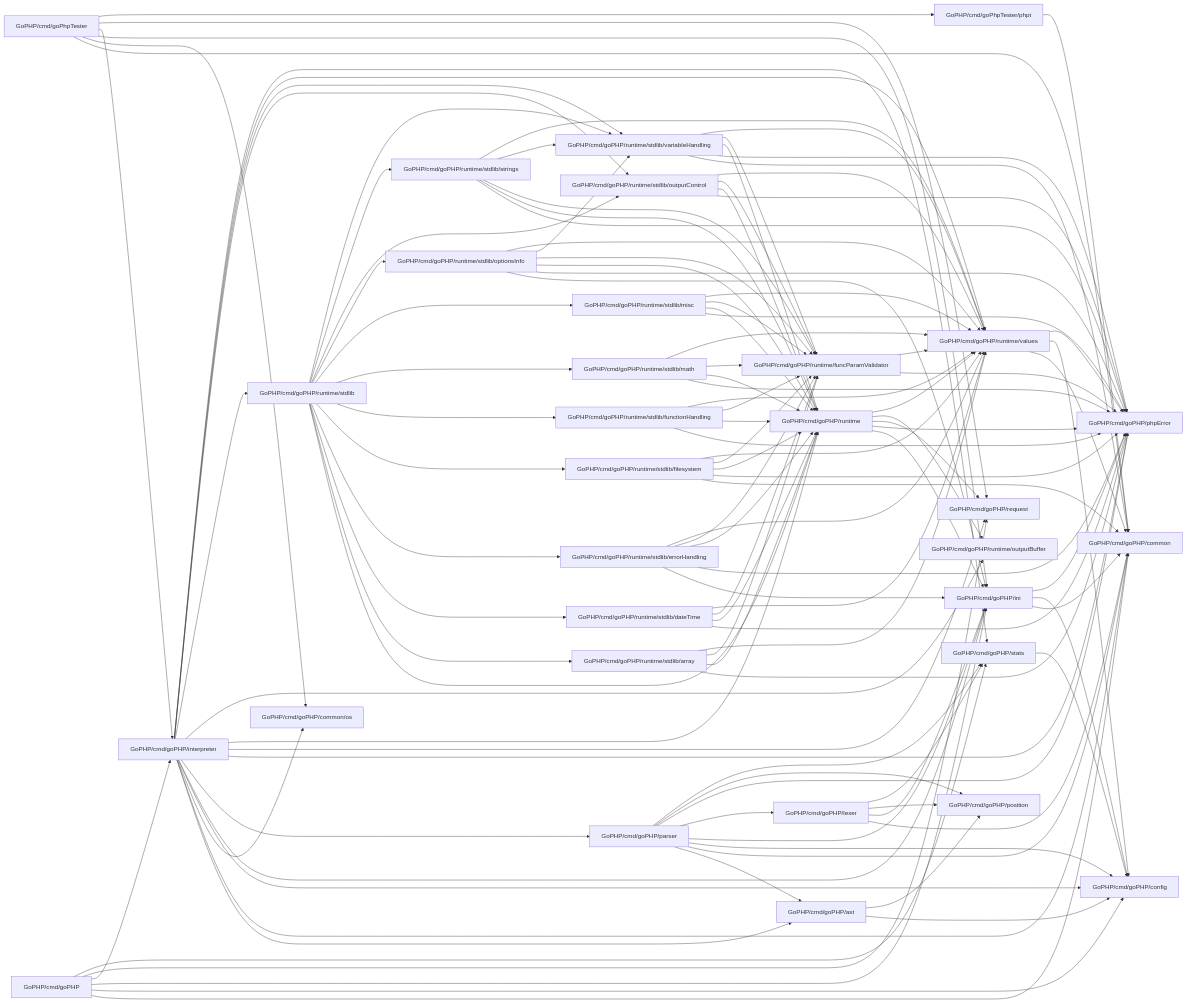
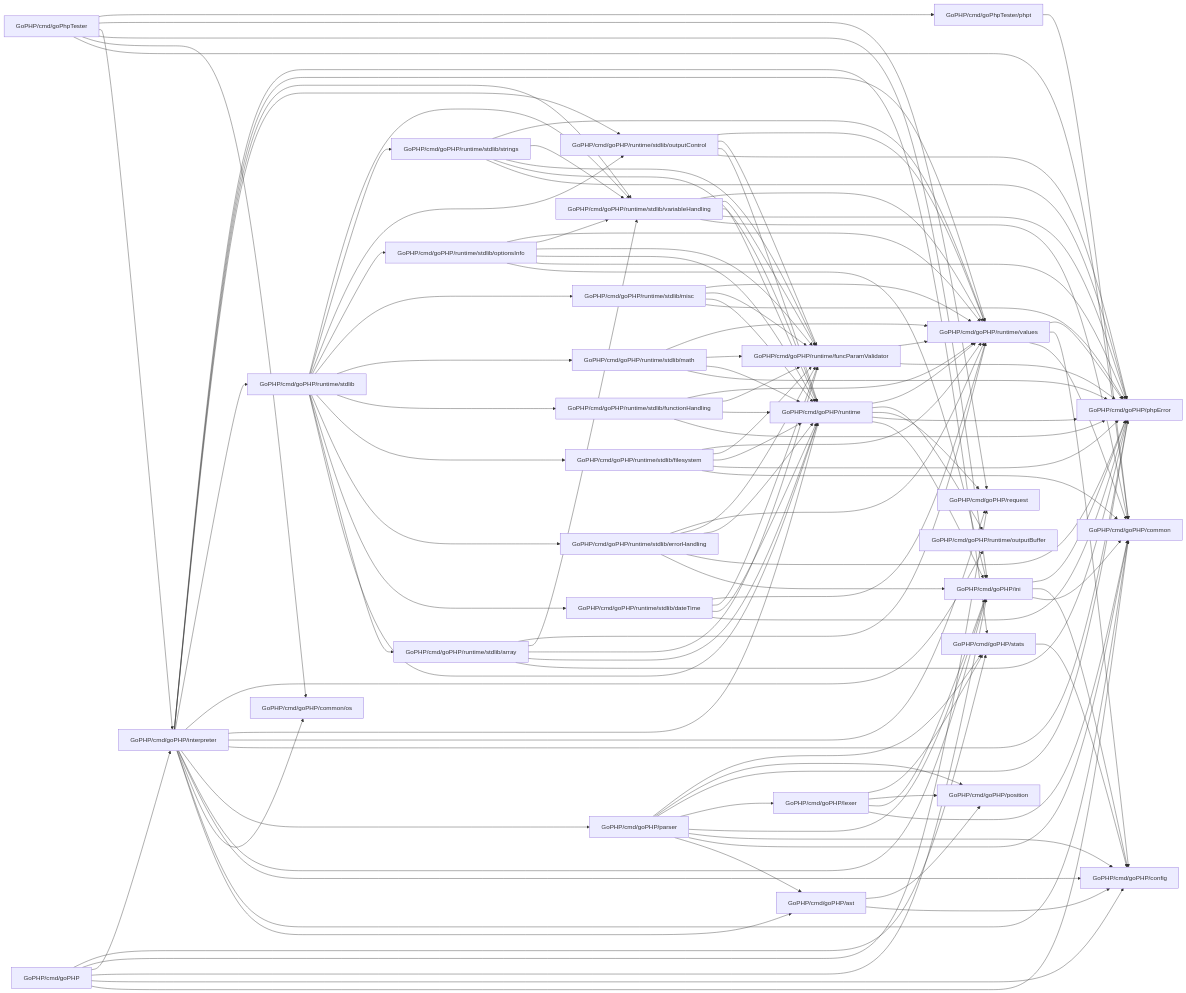
Before and after one commit to MasterZydra/QIQ: the diagram in doc/Packages.md, drawn with Mermaid. The commit also changed 10 other files, not shown here.

```diff
--- a/doc/Packages.md
+++ b/doc/Packages.md
@@ -71,6 +71,7 @@
     GoPHP_cmd_goPHP_runtime_stdlib_array[GoPHP/cmd/goPHP/runtime/stdlib/array] --> GoPHP_cmd_goPHP_phpError[GoPHP/cmd/goPHP/phpError]
     GoPHP_cmd_goPHP_runtime_stdlib_array[GoPHP/cmd/goPHP/runtime/stdlib/array] --> GoPHP_cmd_goPHP_runtime[GoPHP/cmd/goPHP/runtime]
     GoPHP_cmd_goPHP_runtime_stdlib_array[GoPHP/cmd/goPHP/runtime/stdlib/array] --> GoPHP_cmd_goPHP_runtime_funcParamValidator[GoPHP/cmd/goPHP/runtime/funcParamValidator]
+    GoPHP_cmd_goPHP_runtime_stdlib_array[GoPHP/cmd/goPHP/runtime/stdlib/array] --> GoPHP_cmd_goPHP_runtime_stdlib_variableHandling[GoPHP/cmd/goPHP/runtime/stdlib/variableHandling]
     GoPHP_cmd_goPHP_runtime_stdlib_array[GoPHP/cmd/goPHP/runtime/stdlib/array] --> GoPHP_cmd_goPHP_runtime_values[GoPHP/cmd/goPHP/runtime/values]
 
     GoPHP_cmd_goPHP_runtime_stdlib_dateTime[GoPHP/cmd/goPHP/runtime/stdlib/dateTime] --> GoPHP_cmd_goPHP_phpError[GoPHP/cmd/goPHP/phpError]
```
